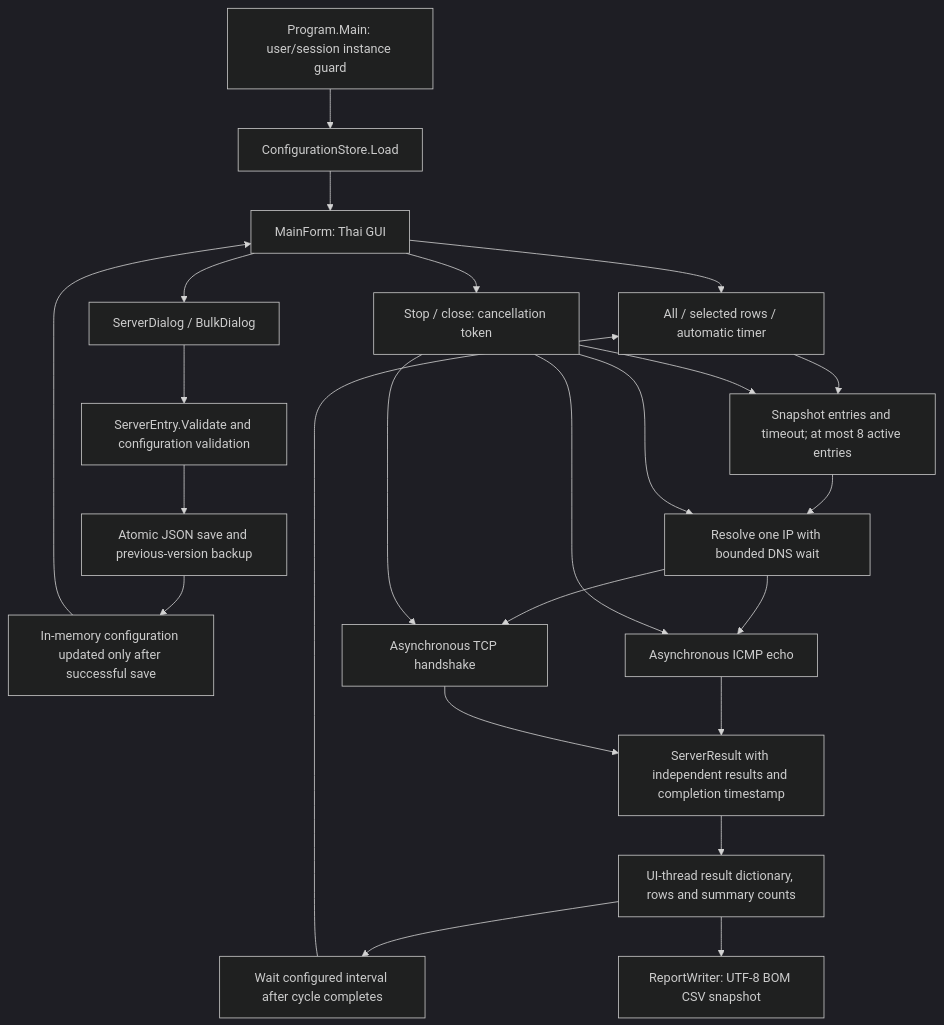
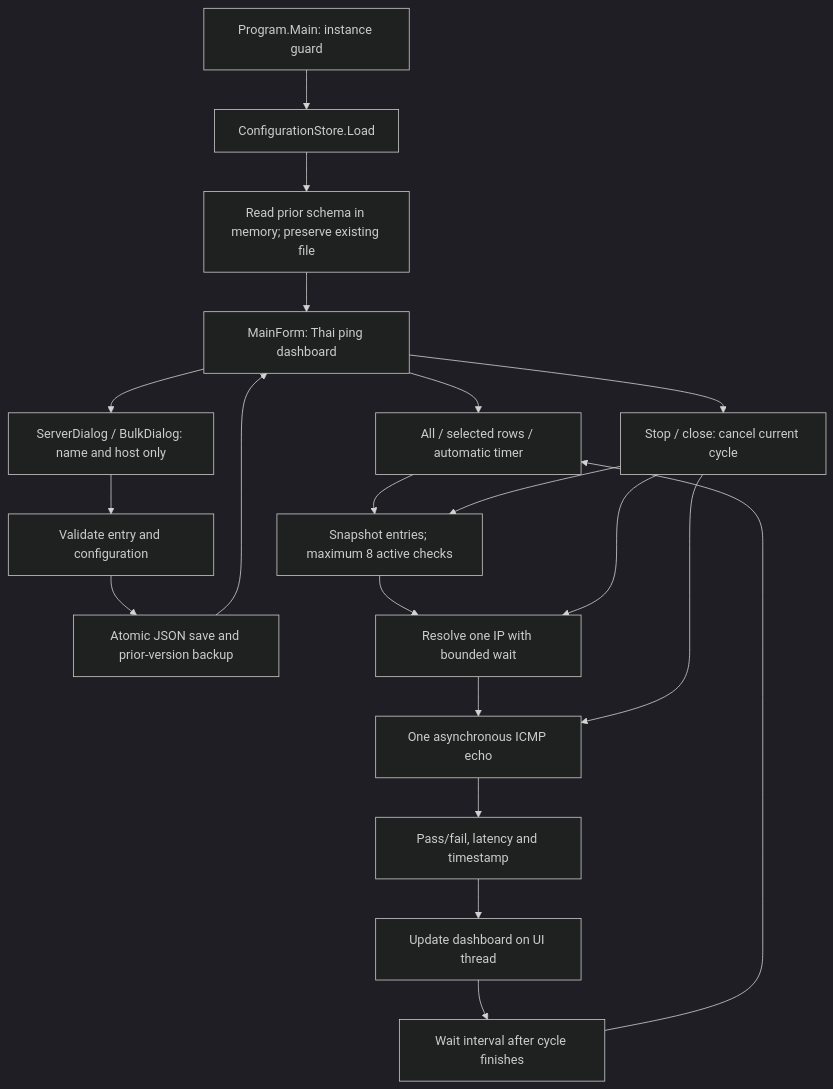
The diagram in docs/ARCHITECTURE.md (kumatech112/FKP_Server_Monitor), drawn with Mermaid (dark theme) before and after one commit. The commit also changed other lines of this file and 13 other files, not shown here.

Commit message:
refactor: simplify server dashboard to ping-only checks

````diff
--- a/docs/ARCHITECTURE.md
+++ b/docs/ARCHITECTURE.md
@@ -11,26 +11,22 @@
 ```mermaid
 flowchart TD
-    Entry[Program.Main: user/session instance guard] --> Load[ConfigurationStore.Load]
-    Load --> Window[MainForm: Thai GUI]
-    Window --> Edit[ServerDialog / BulkDialog]
-    Edit --> Validate[ServerEntry.Validate and configuration validation]
-    Validate --> Save[Atomic JSON save and previous-version backup]
-    Save --> Model[In-memory configuration updated only after successful save]
-    Model --> Window
+    Entry[Program.Main: instance guard] --> Load[ConfigurationStore.Load]
+    Load --> Legacy[Read prior schema in memory; preserve existing file]
+    Legacy --> Window[MainForm: Thai ping dashboard]
+    Window --> Edit[ServerDialog / BulkDialog: name and host only]
+    Edit --> Validate[Validate entry and configuration]
+    Validate --> Save[Atomic JSON save and prior-version backup]
+    Save --> Window
     Window --> Trigger[All / selected rows / automatic timer]
-    Trigger --> Queue[Snapshot entries and timeout; at most 8 active entries]
-    Queue --> DNS[Resolve one IP with bounded DNS wait]
-    DNS --> ICMP[Asynchronous ICMP echo]
-    DNS --> TCP[Asynchronous TCP handshake]
-    ICMP --> Result[ServerResult with independent results and completion timestamp]
-    TCP --> Result
-    Result --> UI[UI-thread result dictionary, rows and summary counts]
-    UI --> Timer[Wait configured interval after cycle completes]
+    Trigger --> Queue[Snapshot entries; maximum 8 active checks]
+    Queue --> DNS[Resolve one IP with bounded wait]
+    DNS --> Ping[One asynchronous ICMP echo]
+    Ping --> Result[Pass/fail, latency and timestamp]
+    Result --> UI[Update dashboard on UI thread]
+    UI --> Timer[Wait interval after cycle finishes]
     Timer --> Trigger
-    UI --> CSV[ReportWriter: UTF-8 BOM CSV snapshot]
-    Window --> Cancel[Stop / close: cancellation token]
+    Window --> Cancel[Stop / close: cancel current cycle]
     Cancel --> Queue
     Cancel --> DNS
-    Cancel --> ICMP
-    Cancel --> TCP
+    Cancel --> Ping
 ```
````
